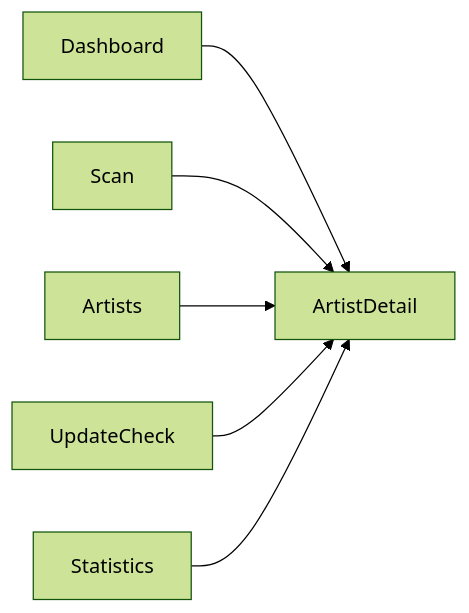
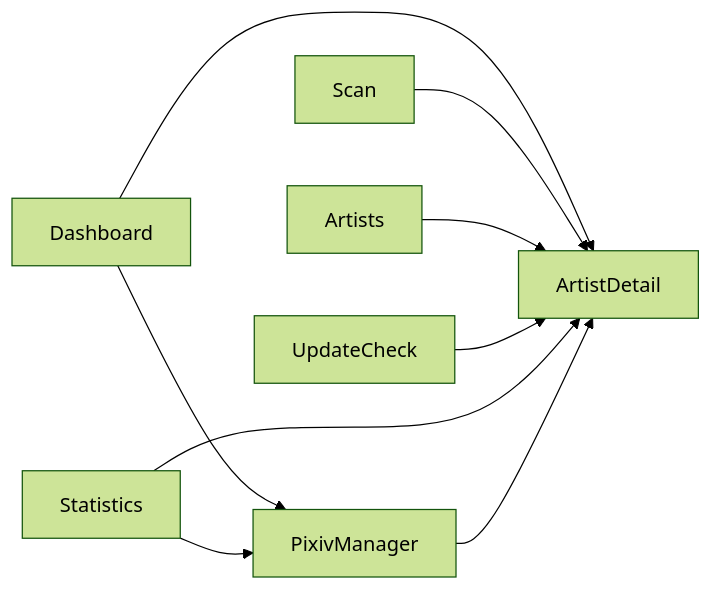
Before and after one commit to PKT0623/PixivLocalManager: the second of 2 diagrams in docs/05_UI_DESIGN.md, drawn with Mermaid (forest theme). The commit also changed other lines of this file and 10 other files, not shown here.

Commit message:
docs: update V2 completion status and V3 roadmap

````diff
--- a/docs/05_UI_DESIGN.md
+++ b/docs/05_UI_DESIGN.md
@@ -640,9 +727,13 @@
 ```mermaid
 flowchart LR
 
 Dashboard --> ArtistDetail
 Scan --> ArtistDetail
 Artists --> ArtistDetail
 UpdateCheck --> ArtistDetail
 Statistics --> ArtistDetail
+
+Dashboard --> PixivManager
+Statistics --> PixivManager
+PixivManager --> ArtistDetail
 ```
````
